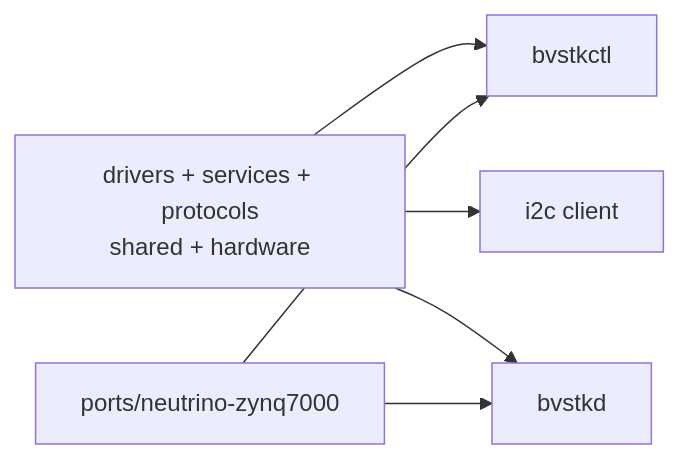
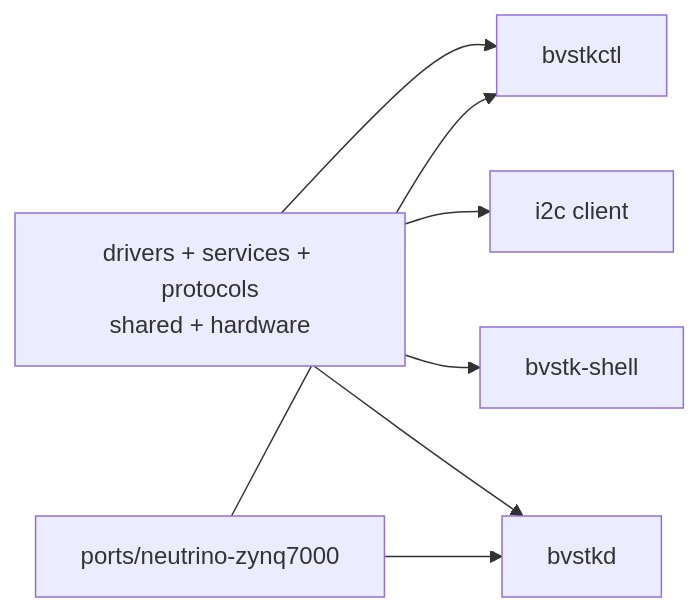
The second of 2 diagrams in docs/dev/source-layout.md (igtrefilov/bvstk), drawn with Mermaid before and after one commit. The commit also changed other lines of this file and 21 other files, not shown here.

````diff
--- a/docs/dev/source-layout.md
+++ b/docs/dev/source-layout.md
@@ -97,8 +97,9 @@
 ```mermaid
 flowchart LR
     COMMON["drivers + services + protocols\nshared + hardware"] --> CTL["bvstkctl"]
     COMMON --> CLI["i2c client"]
+    COMMON --> SHELL["bvstk-shell"]
     COMMON --> DAEMON["bvstkd"]
     NPORT["ports/neutrino-zynq7000"] --> CTL
     NPORT --> DAEMON
 ```
````
